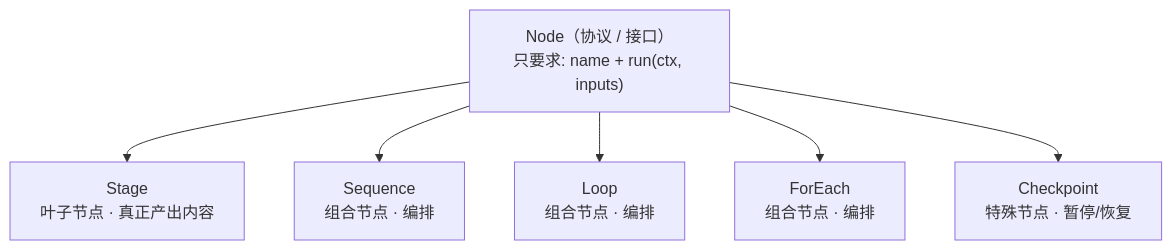
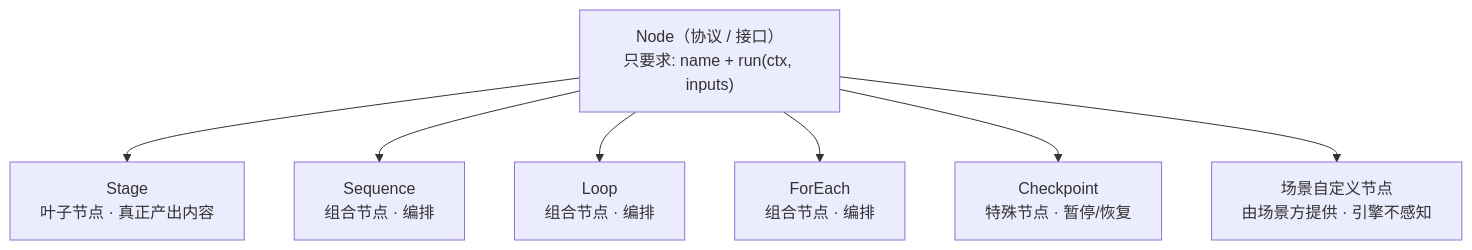
Before and after one commit to BuMaRen/miniagent: the diagram in docs/framework-design.md, drawn with Mermaid. The commit also changed other lines of this file and 12 other files, not shown here.

````diff
--- a/docs/framework-design.md
+++ b/docs/framework-design.md
@@ -34,9 +34,10 @@
 ```mermaid
 flowchart TB
   N["Node（协议 / 接口）<br/>只要求: name + run(ctx, inputs)"]
   N --> S["Stage<br/>叶子节点 · 真正产出内容"]
   N --> SEQ["Sequence<br/>组合节点 · 编排"]
   N --> LP["Loop<br/>组合节点 · 编排"]
   N --> FE["ForEach<br/>组合节点 · 编排"]
   N --> CP["Checkpoint<br/>特殊节点 · 暂停/恢复"]
+  N --> X["场景自定义节点<br/>由场景方提供 · 引擎不感知"]
 ```
````
